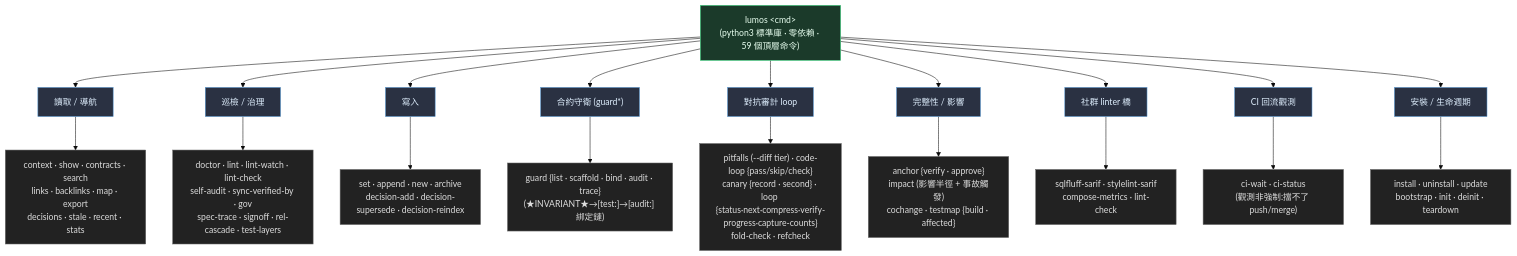
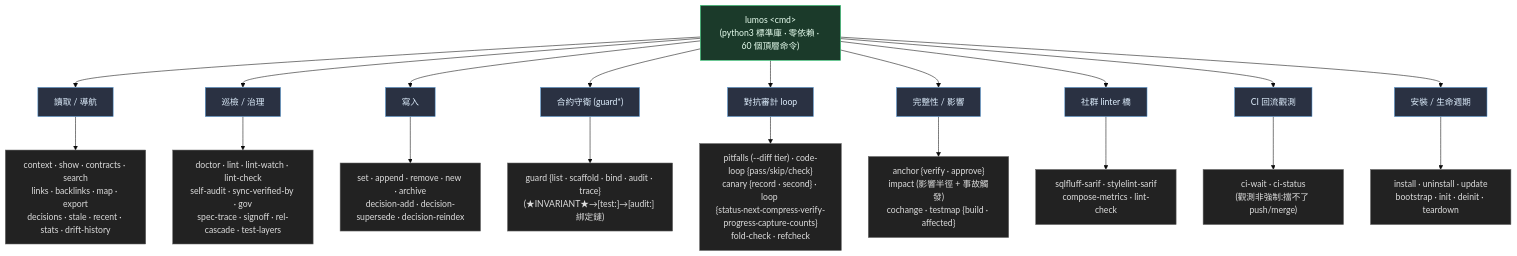
The third of 4 diagrams in ARCHITECTURE.md (EnzoHsieh-Android/Lumos), drawn with Mermaid (base theme) before and after one commit. The commit also changed other lines of this file and 12 other files, not shown here.

First line of the commit message:
feat(lumos): 通用性修正 — Check Y profile 化 + 新增 drift-history

````diff
--- a/ARCHITECTURE.md
+++ b/ARCHITECTURE.md
@@ -99,31 +99,31 @@
 ```mermaid
 flowchart TB
-    ROOT["lumos &lt;cmd&gt;<br/>(python3 標準庫 · 零依賴 · 59 個頂層命令)"]
+    ROOT["lumos &lt;cmd&gt;<br/>(python3 標準庫 · 零依賴 · 60 個頂層命令)"]
 
     ROOT --> READ["讀取 / 導航"]
     ROOT --> HEALTH["巡檢 / 治理"]
     ROOT --> WRITE["寫入"]
     ROOT --> GUARD["合約守衛 (guard*)"]
     ROOT --> LOOP["對抗審計 loop"]
     ROOT --> INTEG["完整性 / 影響"]
     ROOT --> SARIF["社群 linter 橋"]
     ROOT --> CI["CI 回流觀測"]
     ROOT --> LIFE["安裝 / 生命週期"]
 
-    READ --> R["context · show · contracts · search<br/>links · backlinks · map · export<br/>decisions · stale · recent · stats"]
+    READ --> R["context · show · contracts · search<br/>links · backlinks · map · export<br/>decisions · stale · recent · stats · drift-history"]
     HEALTH --> H["doctor · lint · lint-watch · lint-check<br/>self-audit · sync-verified-by · gov<br/>spec-trace · signoff · rel-cascade · test-layers"]
     CI --> C["ci-wait · ci-status<br/>(觀測非強制:擋不了 push/merge)"]
-    WRITE --> W["set · append · new · archive<br/>decision-add · decision-supersede · decision-reindex"]
+    WRITE --> W["set · append · remove · new · archive<br/>decision-add · decision-supersede · decision-reindex"]
     GUARD --> G["guard {list · scaffold · bind · audit · trace}<br/>(★INVARIANT★→[test:]→[audit:] 綁定鏈)"]
     LOOP --> LP["pitfalls (--diff tier) · code-loop {pass/skip/check}<br/>canary {record · second} · loop {status·next·compress·verify-progress·capture-counts}<br/>fold-check · refcheck"]
     INTEG --> I["anchor {verify · approve}<br/>impact (影響半徑 + 事故觸發)<br/>cochange · testmap {build · affected}"]
     SARIF --> ST["sqlfluff-sarif · stylelint-sarif<br/>compose-metrics · lint-check"]
     LIFE --> L["install · uninstall · update<br/>bootstrap · init · deinit · teardown"]
 
     classDef root fill:#1b3a2a,stroke:#3ddc84,color:#e8fff0
     classDef cat fill:#2a3142,stroke:#5a9bd6,color:#e0f0ff
     classDef leaf fill:#222,stroke:#666,color:#ddd
     class ROOT root
     class READ,HEALTH,WRITE,GUARD,LOOP,INTEG,SARIF,CI,LIFE cat
     class R,H,W,G,LP,I,ST,C,L leaf
 ```
````
